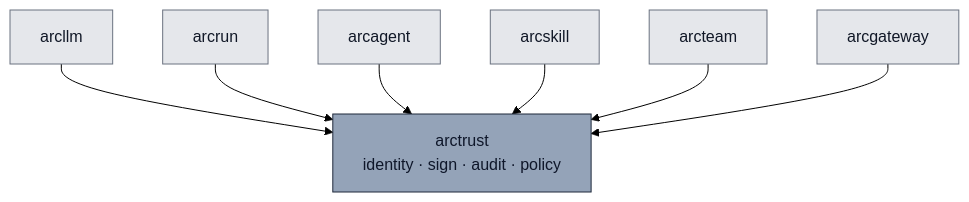
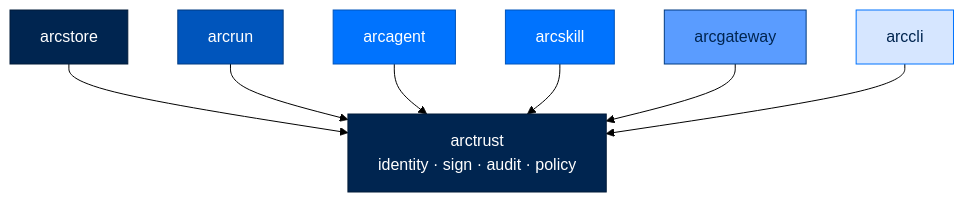
Before and after one commit to joshuamschultz/Arc: the diagram in packages/arctrust/README.md, drawn with Mermaid (forest theme). The commit also changed other lines of this file and 16 other files, not shown here.

````diff
--- a/packages/arctrust/README.md
+++ b/packages/arctrust/README.md
@@ -35,20 +35,24 @@
 ```mermaid
 flowchart TB
-    classDef tr fill:#94A3B8,stroke:#1E293B,color:#0F172A
-    classDef other fill:#E5E7EB,stroke:#6B7280,color:#111827
+    classDef found fill:#002550,stroke:#001A38,color:#FFFFFF
+    classDef llm fill:#003B82,stroke:#002550,color:#FFFFFF
+    classDef runtime fill:#0055BC,stroke:#003B82,color:#FFFFFF
+    classDef agent fill:#0073FE,stroke:#0055BC,color:#FFFFFF
+    classDef surface fill:#5A9CFF,stroke:#003B82,color:#002550
+    classDef entry fill:#D6E6FF,stroke:#0073FE,color:#002550
 
-    arctrust[arctrust<br/>identity · sign · audit · policy]:::tr
-    arcllm[arcllm]:::other
-    arcrun[arcrun]:::other
-    arcagent[arcagent]:::other
-    arcskill[arcskill]:::other
-    arcteam[arcteam]:::other
-    arcgateway[arcgateway]:::other
+    arctrust[arctrust<br/>identity · sign · audit · policy]:::found
+    arcstore[arcstore]:::found
+    arcrun[arcrun]:::runtime
+    arcagent[arcagent]:::agent
+    arcskill[arcskill]:::agent
+    arcgateway[arcgateway]:::surface
+    arccli[arccli]:::entry
 
-    arcllm --> arctrust
+    arcstore --> arctrust
     arcrun --> arctrust
     arcagent --> arctrust
     arcskill --> arctrust
-    arcteam --> arctrust
     arcgateway --> arctrust
+    arccli --> arctrust
 ```
````
